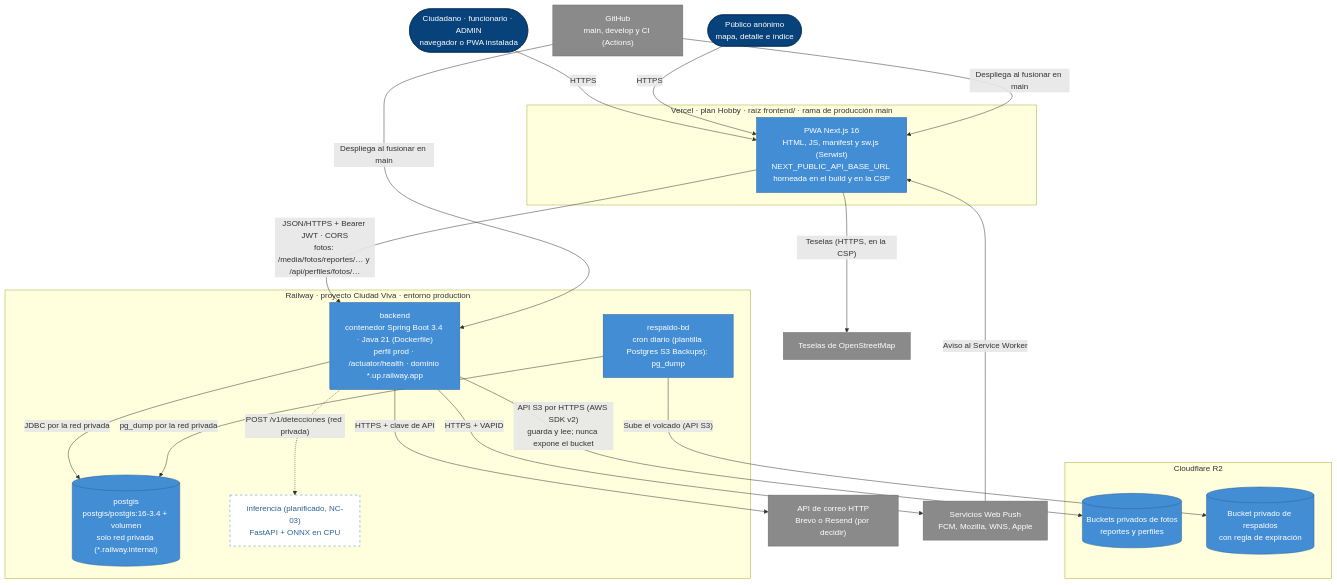
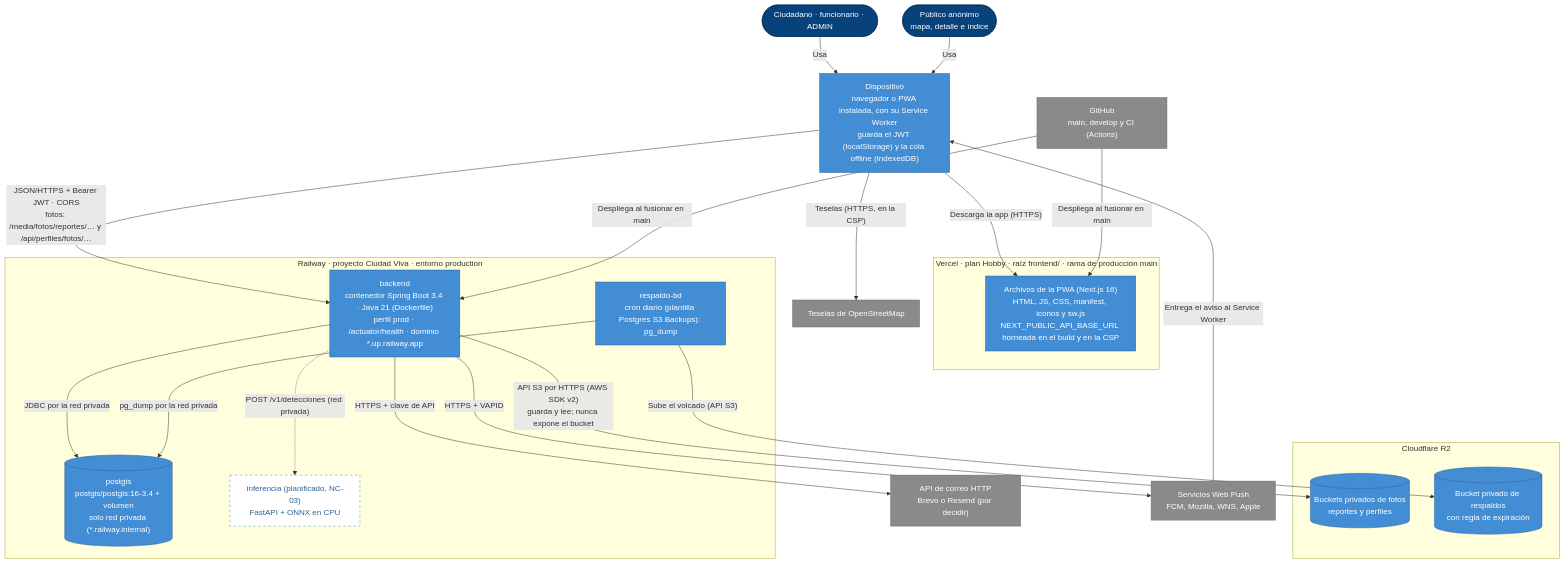
One commit to TP202620041/tesis changed the diagram in docs/arquitectura/c4-despliegue.md. Above: the diagram before and after it, drawn with Mermaid. The commit also changed other lines of this file and 7 other files, not shown here.

````diff
--- a/docs/arquitectura/c4-despliegue.md
+++ b/docs/arquitectura/c4-despliegue.md
@@ -5,50 +5,53 @@
 ```mermaid
 flowchart TB
-  persona(["Ciudadano · funcionario · ADMIN<br/>navegador o PWA instalada"])
+  persona(["Ciudadano · funcionario · ADMIN"])
   publico(["Público anónimo<br/>mapa, detalle e índice"])
 
+  dispositivo["Dispositivo<br/>navegador o PWA instalada, con su Service Worker<br/>guarda el JWT (localStorage) y la cola offline (IndexedDB)"]
+
   subgraph vercel["Vercel · plan Hobby · raíz frontend/ · rama de producción main"]
-    pwa["PWA Next.js 16<br/>HTML, JS, manifest y sw.js (Serwist)<br/>NEXT_PUBLIC_API_BASE_URL horneada en el build y en la CSP"]
+    pwa["Archivos de la PWA (Next.js 16)<br/>HTML, JS, CSS, manifest, iconos y sw.js<br/>NEXT_PUBLIC_API_BASE_URL horneada en el build y en la CSP"]
   end
 
   subgraph railway["Railway · proyecto Ciudad Viva · entorno production"]
     api["backend<br/>contenedor Spring Boot 3.4 · Java 21 (Dockerfile)<br/>perfil prod · /actuator/health · dominio *.up.railway.app"]
     db[("postgis<br/>postgis/postgis:16-3.4 + volumen<br/>solo red privada (*.railway.internal)")]
     respaldo["respaldo-bd<br/>cron diario (plantilla Postgres S3 Backups): pg_dump"]
     inferencia["inferencia (planificado, NC-03)<br/>FastAPI + ONNX en CPU"]
   end
 
   subgraph cloudflare["Cloudflare R2"]
     fotos[("Buckets privados de fotos<br/>reportes y perfiles")]
     copias[("Bucket privado de respaldos<br/>con regla de expiración")]
   end
 
   correo["API de correo HTTP<br/>Brevo o Resend (por decidir)"]
   push["Servicios Web Push<br/>FCM, Mozilla, WNS, Apple"]
   osm["Teselas de OpenStreetMap"]
   github["GitHub<br/>main, develop y CI (Actions)"]
 
-  persona -->|"HTTPS"| pwa
-  publico -->|"HTTPS"| pwa
-  pwa -->|"JSON/HTTPS + Bearer JWT · CORS<br/>fotos: /media/fotos/reportes/… y /api/perfiles/fotos/…"| api
-  pwa -->|"Teselas (HTTPS, en la CSP)"| osm
+  persona -->|"Usa"| dispositivo
+  publico -->|"Usa"| dispositivo
+  dispositivo -->|"Descarga la app (HTTPS)"| pwa
+  dispositivo -->|"JSON/HTTPS + Bearer JWT · CORS<br/>fotos: /media/fotos/reportes/… y /api/perfiles/fotos/…"| api
+  dispositivo -->|"Teselas (HTTPS, en la CSP)"| osm
   api -->|"JDBC por la red privada"| db
   api -->|"API S3 por HTTPS (AWS SDK v2)<br/>guarda y lee; nunca expone el bucket"| fotos
   api -->|"HTTPS + clave de API"| correo
   api -->|"HTTPS + VAPID"| push
-  push -->|"Aviso al Service Worker"| pwa
+  push -->|"Entrega el aviso al Service Worker"| dispositivo
   api -.->|"POST /v1/detecciones (red privada)"| inferencia
   respaldo -->|"pg_dump por la red privada"| db
   respaldo -->|"Sube el volcado (API S3)"| copias
   github -->|"Despliega al fusionar en main"| pwa
   github -->|"Despliega al fusionar en main"| api
 
   classDef persona fill:#08427b,stroke:#052e56,color:#ffffff
   classDef contenedor fill:#438dd5,stroke:#2e6295,color:#ffffff
   classDef externo fill:#8a8a8a,stroke:#6b6b6b,color:#ffffff
   classDef planificado fill:#ffffff,stroke:#438dd5,stroke-dasharray:5 5,color:#2e6295
   class persona,publico persona
-  class pwa,api,db,respaldo,fotos,copias contenedor
+  class dispositivo,pwa,api,db,respaldo,fotos,copias contenedor
   class correo,push,osm,github externo
   class inferencia planificado
 ```
````
